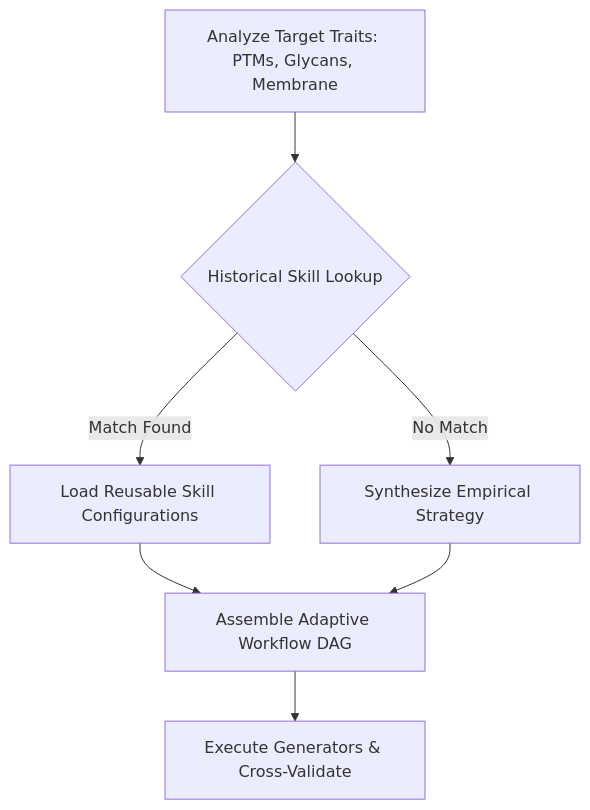
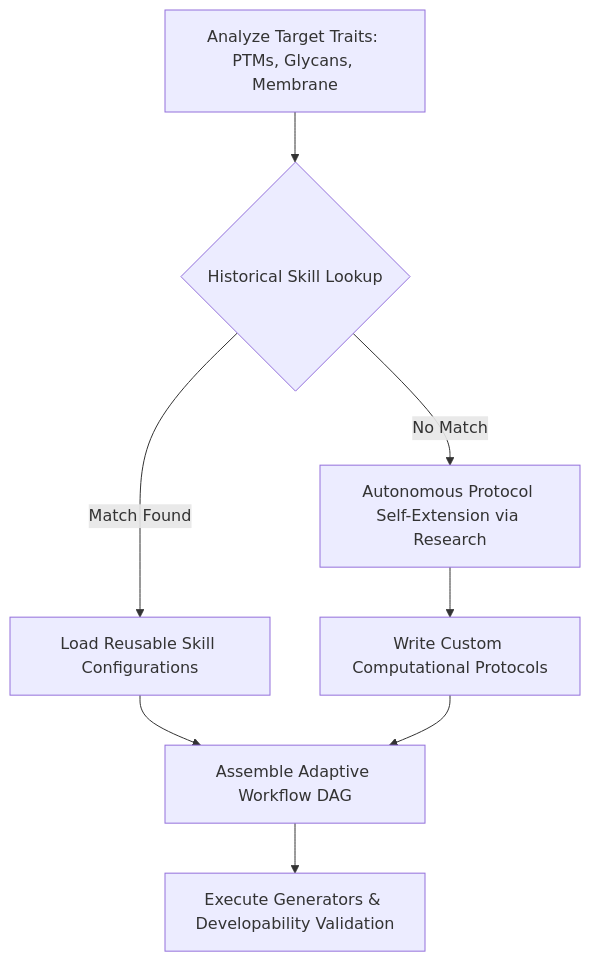
One commit to setsu2420/aidd-intern changed the second of 2 diagrams in docs/aidd-binder-workflow-guide.md. Above: the diagram before and after it, drawn with Mermaid. The commit also changed other lines of this file and 1 other file, not shown here.

````diff
--- a/docs/aidd-binder-workflow-guide.md
+++ b/docs/aidd-binder-workflow-guide.md
@@ -140,9 +140,10 @@
 ```mermaid
 graph TD
     A[Analyze Target Traits: PTMs, Glycans, Membrane] --> B{Historical Skill Lookup}
     B -- Match Found --> C[Load Reusable Skill Configurations]
-    B -- No Match --> D[Synthesize Empirical Strategy]
-    C --> E[Assemble Adaptive Workflow DAG]
-    D --> E
-    E --> F[Execute Generators & Cross-Validate]
+    B -- No Match --> D[Autonomous Protocol Self-Extension via Research]
+    D --> E[Write Custom Computational Protocols]
+    C --> F[Assemble Adaptive Workflow DAG]
+    E --> F
+    F --> G[Execute Generators & Developability Validation]
 ```
````
